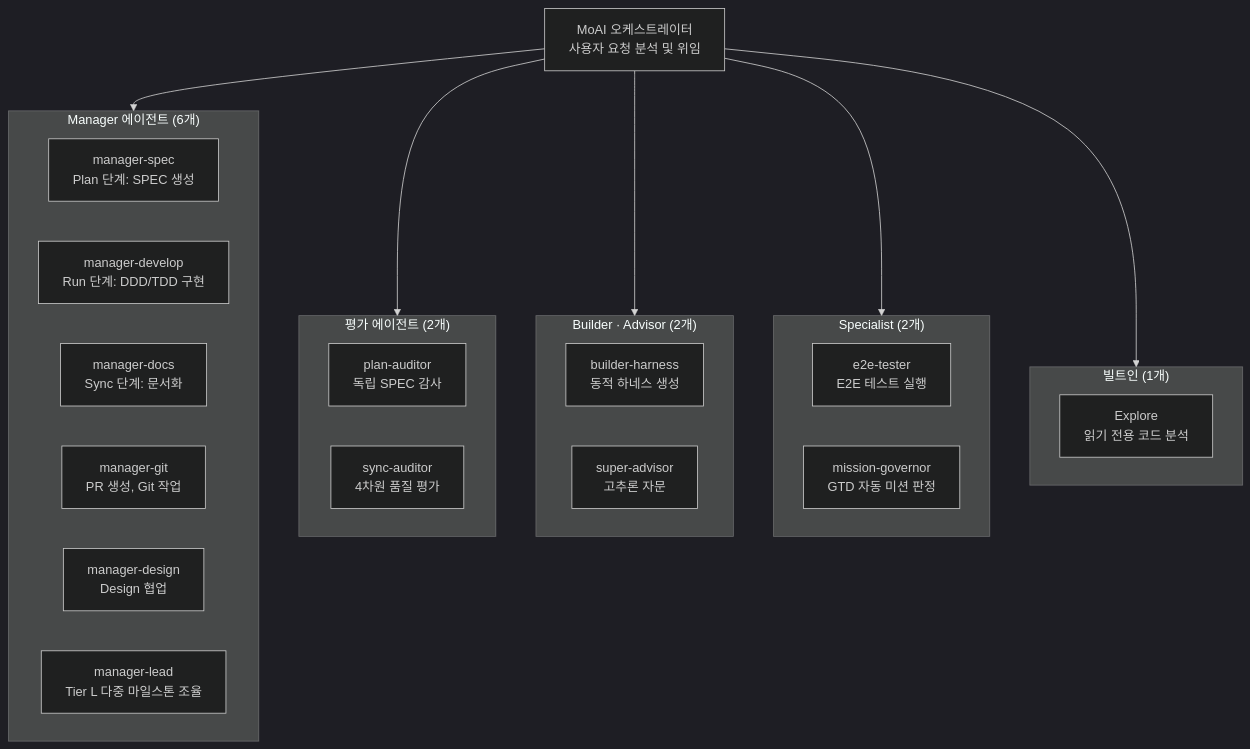
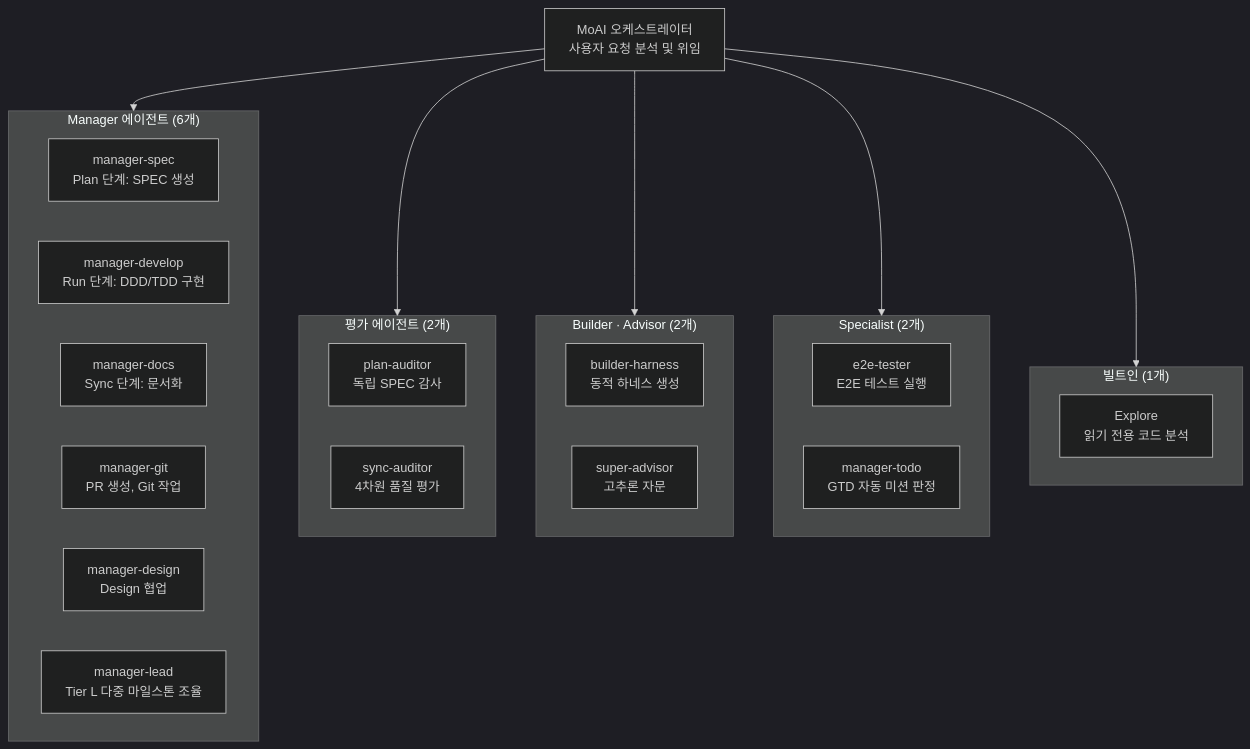
Before and after one commit to modu-ai/moai-adk: the second of 4 diagrams in docs-site/content/ko/core-concepts/what-is-moai-adk.md, drawn with Mermaid (dark theme). The commit also changed other lines of this file and 33 other files, not shown here.

First line of the commit message:
docs(SPEC-MANAGER-TODO-001): M5 docs-site manager-todo refresh + run-phase evidence (card t1306)

````diff
--- a/docs-site/content/ko/core-concepts/what-is-moai-adk.md
+++ b/docs-site/content/ko/core-concepts/what-is-moai-adk.md
@@ -266,38 +266,38 @@
 ```mermaid
 flowchart TD
     MoAI["MoAI 오케스트레이터\n사용자 요청 분석 및 위임"]
 
     subgraph Managers["Manager 에이전트 (6개)"]
         M1["manager-spec\nPlan 단계: SPEC 생성"]
         M2["manager-develop\nRun 단계: DDD/TDD 구현"]
         M3["manager-docs\nSync 단계: 문서화"]
         M4["manager-git\nPR 생성, Git 작업"]
         M5["manager-design\nDesign 협업"]
         M6["manager-lead\nTier L 다중 마일스톤 조율"]
     end
 
     subgraph Evaluators["평가 에이전트 (2개)"]
         E1["plan-auditor\n독립 SPEC 감사"]
         E2["sync-auditor\n4차원 품질 평가"]
     end
 
     subgraph BuilderAdvisor["Builder · Advisor (2개)"]
         B1["builder-harness\n동적 하네스 생성"]
         B2["super-advisor\n고추론 자문"]
     end
 
     subgraph Specialist["Specialist (2개)"]
         S1["e2e-tester\nE2E 테스트 실행"]
-        S2["mission-governor\nGTD 자동 미션 판정"]
+        S2["manager-todo\nGTD 자동 미션 판정"]
     end
 
     subgraph Explore["빌트인 (1개)"]
         X1["Explore\n읽기 전용 코드 분석"]
     end
 
     MoAI --> Managers
     MoAI --> Evaluators
     MoAI --> BuilderAdvisor
     MoAI --> Specialist
     MoAI --> Explore
 ```
````
